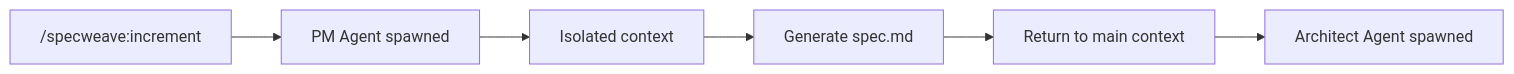
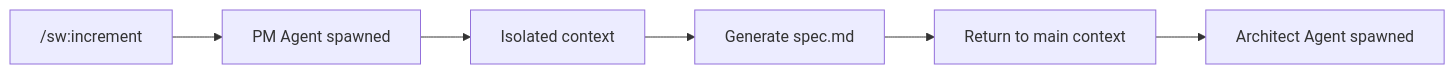
Before and after one commit to anton-abyzov/specweave: the second of 2 diagrams in docs-site/docs/glossary/terms/skills-vs-agents.md, drawn with Mermaid. The commit also changed 505 other files, not shown here.

````diff
--- a/docs-site/docs/glossary/terms/skills-vs-agents.md
+++ b/docs-site/docs/glossary/terms/skills-vs-agents.md
@@ -82,8 +82,8 @@
 ```mermaid
 graph LR
-    A["/specweave:increment"] --> B[PM Agent spawned]
+    A["/sw:increment"] --> B[PM Agent spawned]
     B --> C[Isolated context]
     C --> D[Generate spec.md]
     D --> E[Return to main context]
     E --> F[Architect Agent spawned]
 ```
````
